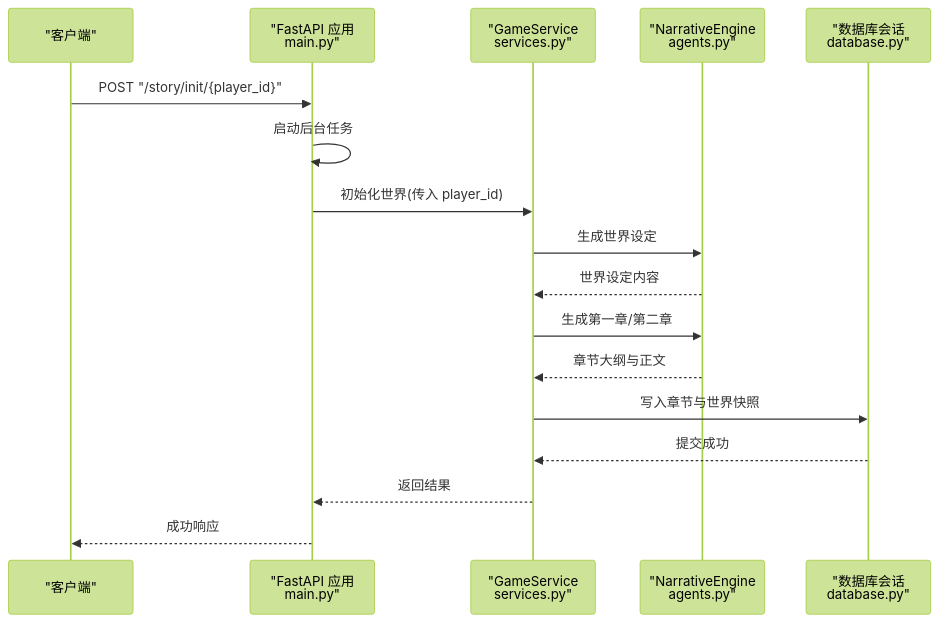
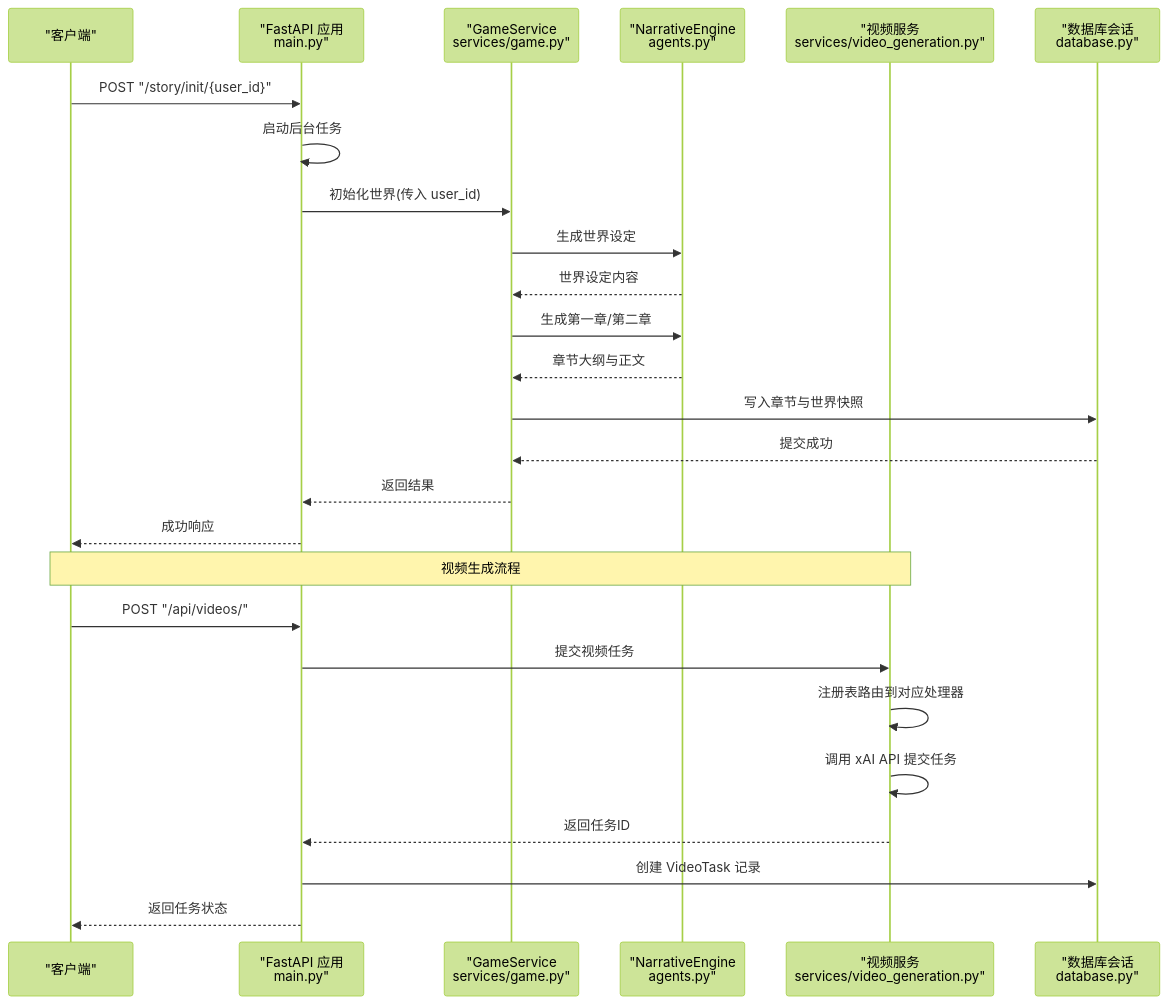
One commit to KunLabAI/KunFlix changed the second of 12 diagrams in .qoder/repowiki/zh/content/后端开发指南/业务逻辑层.md. Above: the diagram before and after it, drawn with Mermaid (forest theme). The commit also changed other lines of this file and 25 other files, not shown here.

````diff
--- a/.qoder/repowiki/zh/content/后端开发指南/业务逻辑层.md
+++ b/.qoder/repowiki/zh/content/后端开发指南/业务逻辑层.md
@@ -132,19 +178,28 @@
 ```mermaid
 sequenceDiagram
 participant Client as "客户端"
 participant API as "FastAPI 应用<br/>main.py"
-participant GS as "GameService<br/>services.py"
+participant GS as "GameService<br/>services/game.py"
 participant NE as "NarrativeEngine<br/>agents.py"
+participant VS as "视频服务<br/>services/video_generation.py"
 participant DB as "数据库会话<br/>database.py"
-Client->>API : POST "/story/init/{player_id}"
+Client->>API : POST "/story/init/{user_id}"
 API->>API : 启动后台任务
-API->>GS : 初始化世界(传入 player_id)
+API->>GS : 初始化世界(传入 user_id)
 GS->>NE : 生成世界设定
 NE-->>GS : 世界设定内容
 GS->>NE : 生成第一章/第二章
 NE-->>GS : 章节大纲与正文
 GS->>DB : 写入章节与世界快照
 DB-->>GS : 提交成功
 GS-->>API : 返回结果
 API-->>Client : 成功响应
+Note over Client,VS : 视频生成流程
+Client->>API : POST "/api/videos/"
+API->>VS : 提交视频任务
+VS->>VS : 注册表路由到对应处理器
+VS->>VS : 调用 xAI API 提交任务
+VS-->>API : 返回任务ID
+API->>DB : 创建 VideoTask 记录
+API-->>Client : 返回任务状态
 ```
````
